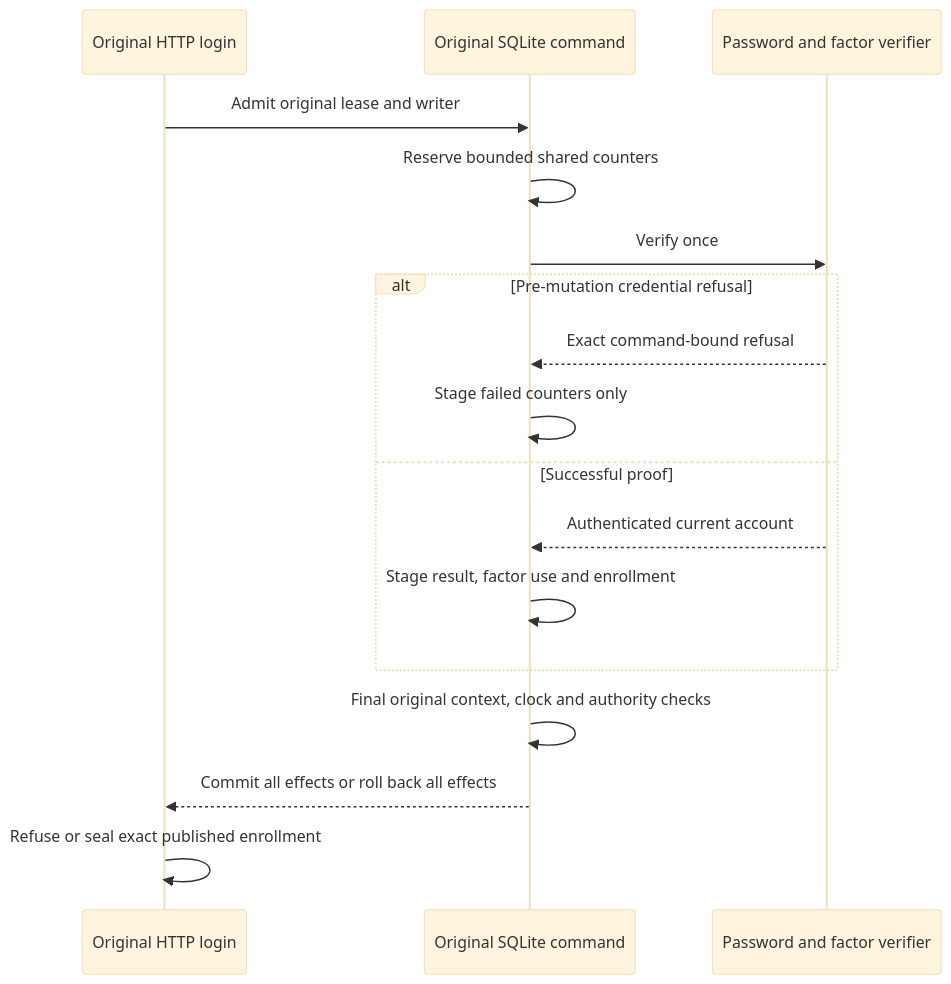
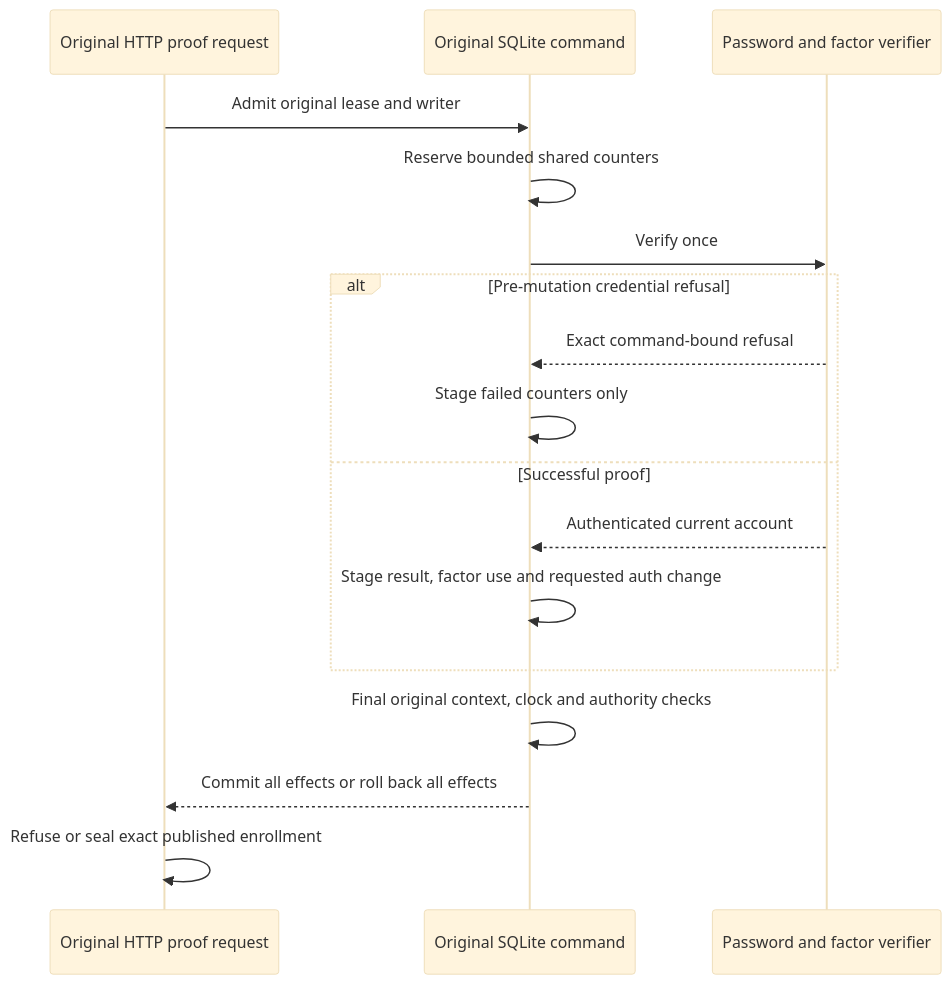
Before and after one commit to robertherbaugh/kudurru: the second of 16 diagrams in docs/architecture/access.md, drawn with Mermaid (base theme). The commit also changed other lines of this file and 11 other files, not shown here.

````diff
--- a/docs/architecture/access.md
+++ b/docs/architecture/access.md
@@ -96,19 +96,19 @@
 ```mermaid
 sequenceDiagram
-    participant H as Original HTTP login
+    participant H as Original HTTP proof request
     participant C as Original SQLite command
     participant P as Password and factor verifier
     H->>C: Admit original lease and writer
     C->>C: Reserve bounded shared counters
     C->>P: Verify once
     alt Pre-mutation credential refusal
         P-->>C: Exact command-bound refusal
         C->>C: Stage failed counters only
     else Successful proof
         P-->>C: Authenticated current account
-        C->>C: Stage result, factor use and enrollment
+        C->>C: Stage result, factor use and requested auth change
     end
     C->>C: Final original context, clock and authority checks
     C-->>H: Commit all effects or roll back all effects
     H->>H: Refuse or seal exact published enrollment
 ```
````
